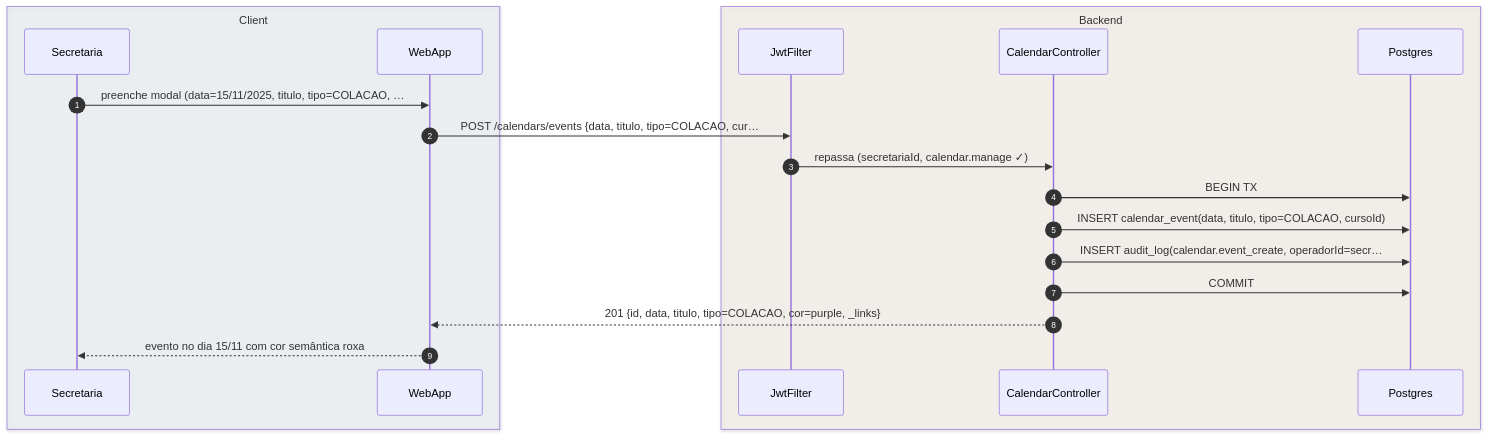
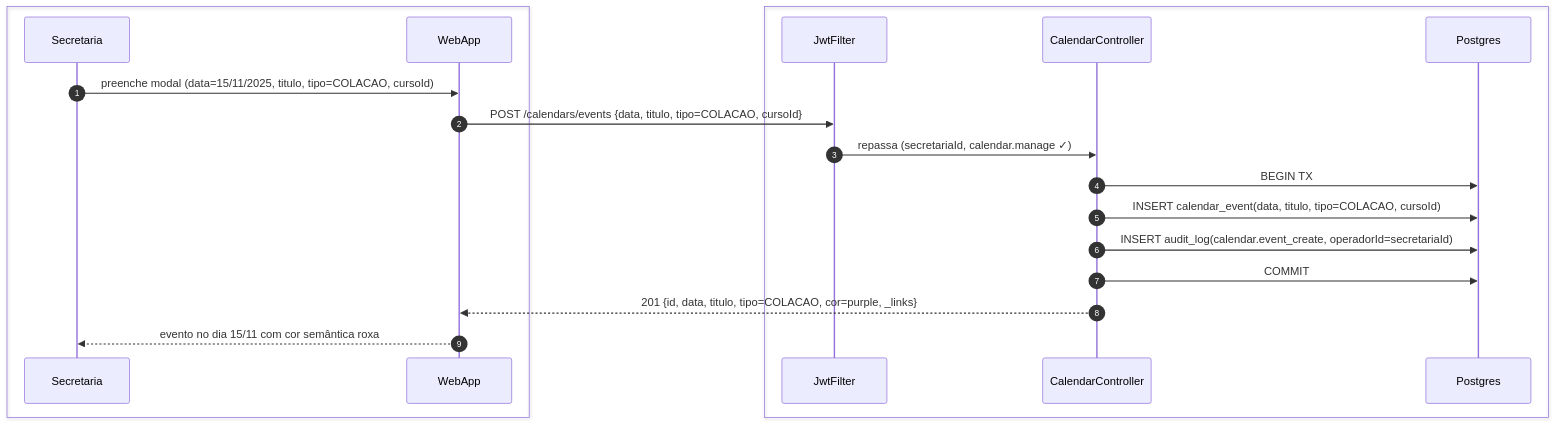
One commit to umishell/secretariaOnline2 changed the sixth of 8 diagrams in foundationDocs/sequenceDiagrams/F5 — Secretaria/US-F5-004-DADOS-ACADEMICOS.md. Above: the diagram before and after it, drawn with Mermaid. The commit also changed other lines of this file and 70 other files, not shown here.

First line of the commit message:
Enhance database documentation and introduce new schema files

````diff
--- a/foundationDocs/sequenceDiagrams/F5 — Secretaria/US-F5-004-DADOS-ACADEMICOS.md
+++ b/foundationDocs/sequenceDiagrams/F5 — Secretaria/US-F5-004-DADOS-ACADEMICOS.md
@@ -264,23 +264,23 @@
 ```mermaid
 sequenceDiagram
     autonumber
-    box rgba(230,245,255,0.3) Client
+    box #e8f4fc Cliente
         participant Secretaria
         participant WebApp
     end
-    box rgba(255,245,230,0.3) Backend
+    box #fff8ee Servidor
         participant JwtFilter
         participant CalendarController
         participant Postgres
     end
 
-    Secretaria->>WebApp: preenche modal (data=15/11/2025, titulo, tipo=COLACAO, …
-    WebApp->>JwtFilter: POST /calendars/events {data, titulo, tipo=COLACAO, cur…
+    Secretaria->>WebApp: preenche modal (data=15/11/2025, titulo, tipo=COLACAO, cursoId)
+    WebApp->>JwtFilter: POST /calendars/events {data, titulo, tipo=COLACAO, cursoId}
     JwtFilter->>CalendarController: repassa (secretariaId, calendar.manage ✓)
     CalendarController->>Postgres: BEGIN TX
     CalendarController->>Postgres: INSERT calendar_event(data, titulo, tipo=COLACAO, cursoId)
-    CalendarController->>Postgres: INSERT audit_log(calendar.event_create, operadorId=secr…
+    CalendarController->>Postgres: INSERT audit_log(calendar.event_create, operadorId=secretariaId)
     CalendarController->>Postgres: COMMIT
     CalendarController-->>WebApp: 201 {id, data, titulo, tipo=COLACAO, cor=purple, _links}
     WebApp-->>Secretaria: evento no dia 15/11 com cor semântica roxa
 ```
````
